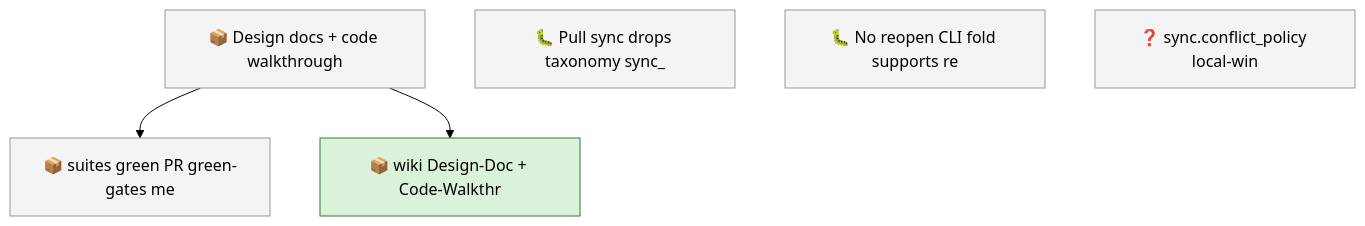
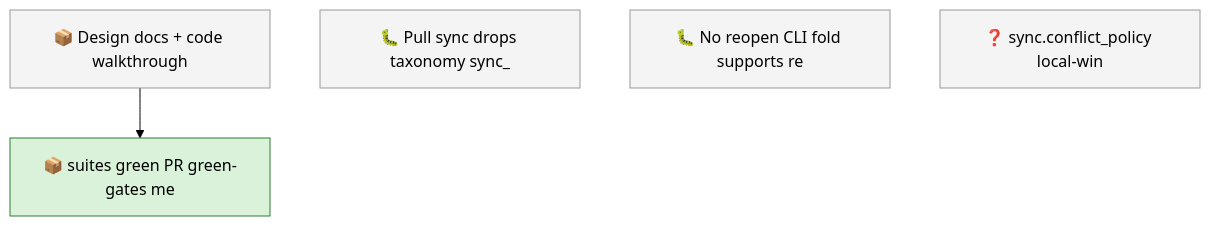
The first of 2 diagrams in docs/roadmap.md (SpillwaveSolutions/wiki_ticket_sdd), drawn with Mermaid (forest theme) before and after one commit. The commit also changed other lines of this file and 2 other files, not shown here.

First line of the commit message:
chore: wiki ledger for design pages; item states

````diff
--- a/docs/roadmap.md
+++ b/docs/roadmap.md
@@ -52,15 +46,13 @@
 ```mermaid
 graph TD
     01KXY7X0QH47Z6B5QZD5G052FJ["📦 Design docs + code walkthrough"]
     01KXY7X0QJ79852RFK5Q8F6FZM["📦 suites green PR green-gates me"]
-    01KXY7X0QJY4JZWYYF2CA46B9G["📦 wiki Design-Doc + Code-Walkthr"]
     01KXY8V5WZJ4E76B3D39KW5DCE["🐛 Pull sync drops taxonomy sync_"]
     01KXY8V62QH1H1V70M0Y08ARXX["🐛 No reopen CLI fold supports re"]
     01KXY8V686YPK4ET2XFB2KW2RX["❓ sync.conflict_policy local-win"]
     01KXY7X0QH47Z6B5QZD5G052FJ --> 01KXY7X0QJ79852RFK5Q8F6FZM
-    01KXY7X0QH47Z6B5QZD5G052FJ --> 01KXY7X0QJY4JZWYYF2CA46B9G
     classDef todo fill:#f4f4f4,stroke:#999999
-    class 01KXY7X0QH47Z6B5QZD5G052FJ,01KXY7X0QJ79852RFK5Q8F6FZM,01KXY8V5WZJ4E76B3D39KW5DCE,01KXY8V62QH1H1V70M0Y08ARXX,01KXY8V686YPK4ET2XFB2KW2RX todo
+    class 01KXY7X0QH47Z6B5QZD5G052FJ,01KXY8V5WZJ4E76B3D39KW5DCE,01KXY8V62QH1H1V70M0Y08ARXX,01KXY8V686YPK4ET2XFB2KW2RX todo
     classDef in_progress fill:#d9f2d9,stroke:#2e7d32
-    class 01KXY7X0QJY4JZWYYF2CA46B9G in_progress
+    class 01KXY7X0QJ79852RFK5Q8F6FZM in_progress
 ```
````
